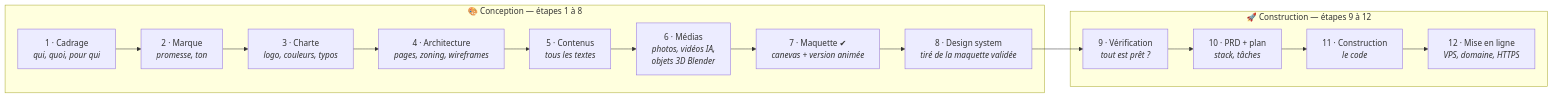
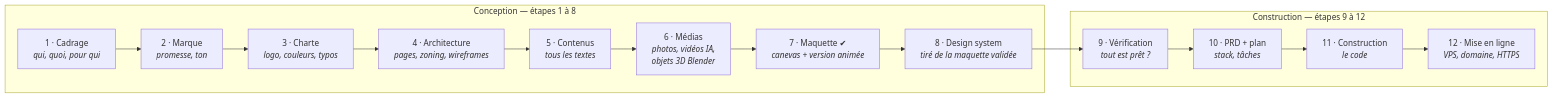
One commit to ohvignas/lancetonsite changed the diagram in README.md. Above: the diagram before and after it, drawn with Mermaid. The commit also changed other lines of this file and 31 other files, not shown here.

````diff
--- a/README.md
+++ b/README.md
@@ -212,13 +197,13 @@
 ```mermaid
 flowchart LR
-  subgraph D["🎨 Conception — étapes 1 à 8"]
+  subgraph D["Conception — étapes 1 à 8"]
     A1["1 · Cadrage<br/><i>qui, quoi, pour qui</i>"] --> A2["2 · Marque<br/><i>promesse, ton</i>"] --> A3["3 · Charte<br/><i>logo, couleurs, typos</i>"]
     A3 --> A4["4 · Architecture<br/><i>pages, zoning, wireframes</i>"] --> A5["5 · Contenus<br/><i>tous les textes</i>"]
     A5 --> A6["6 · Médias<br/><i>photos, vidéos IA,<br/>objets 3D Blender</i>"] --> A7["7 · Maquette ✔<br/><i>canevas + version animée</i>"]
     A7 --> A8["8 · Design system<br/><i>tiré de la maquette validée</i>"]
   end
   A8 --> A9
-  subgraph C["🚀 Construction — étapes 9 à 12"]
+  subgraph C["Construction — étapes 9 à 12"]
     A9["9 · Vérification<br/><i>tout est prêt ?</i>"] --> A10["10 · PRD + plan<br/><i>stack, tâches</i>"] --> A11["11 · Construction<br/><i>le code</i>"] --> A12["12 · Mise en ligne<br/><i>VPS, domaine, HTTPS</i>"]
   end
 ```
````
